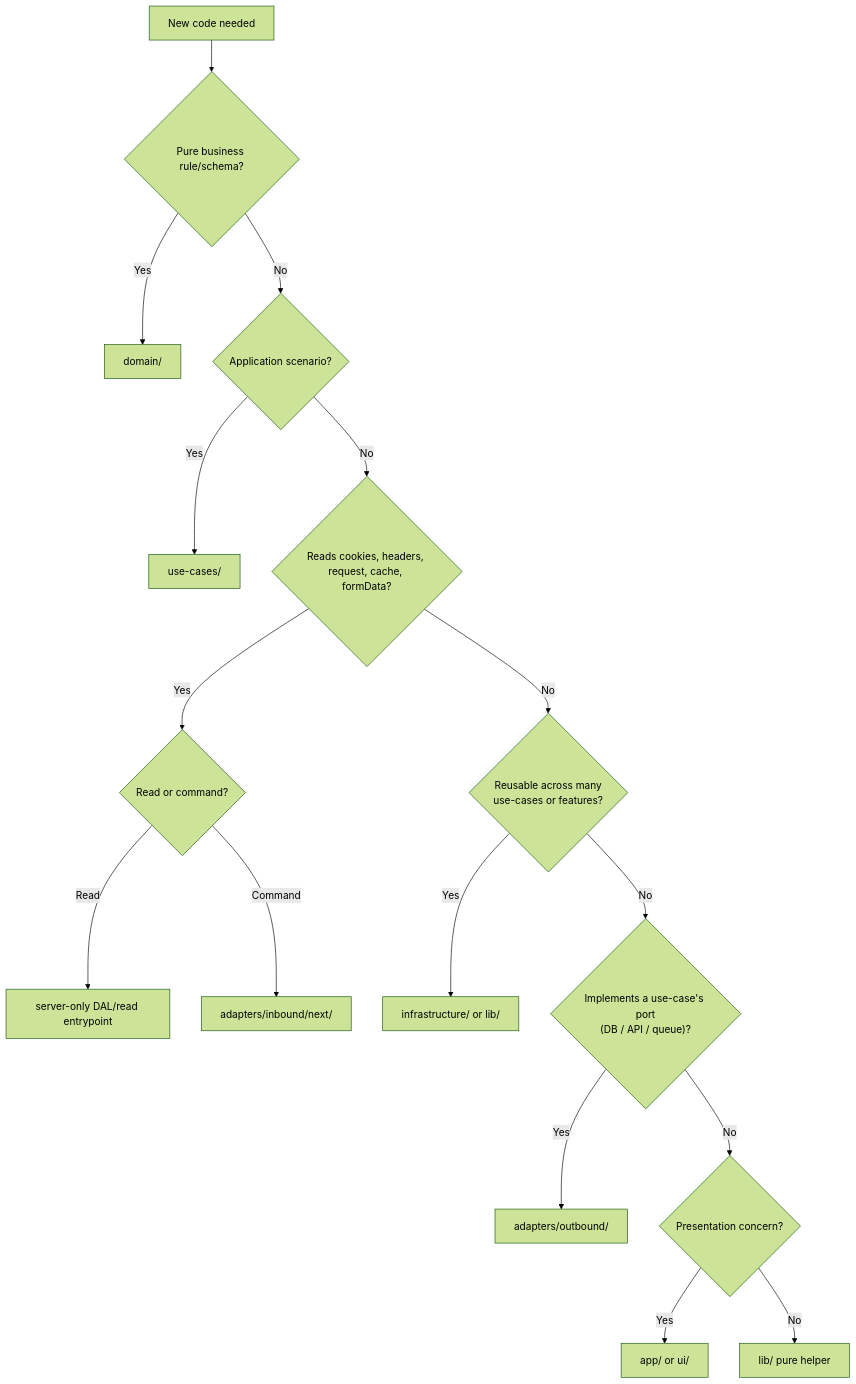
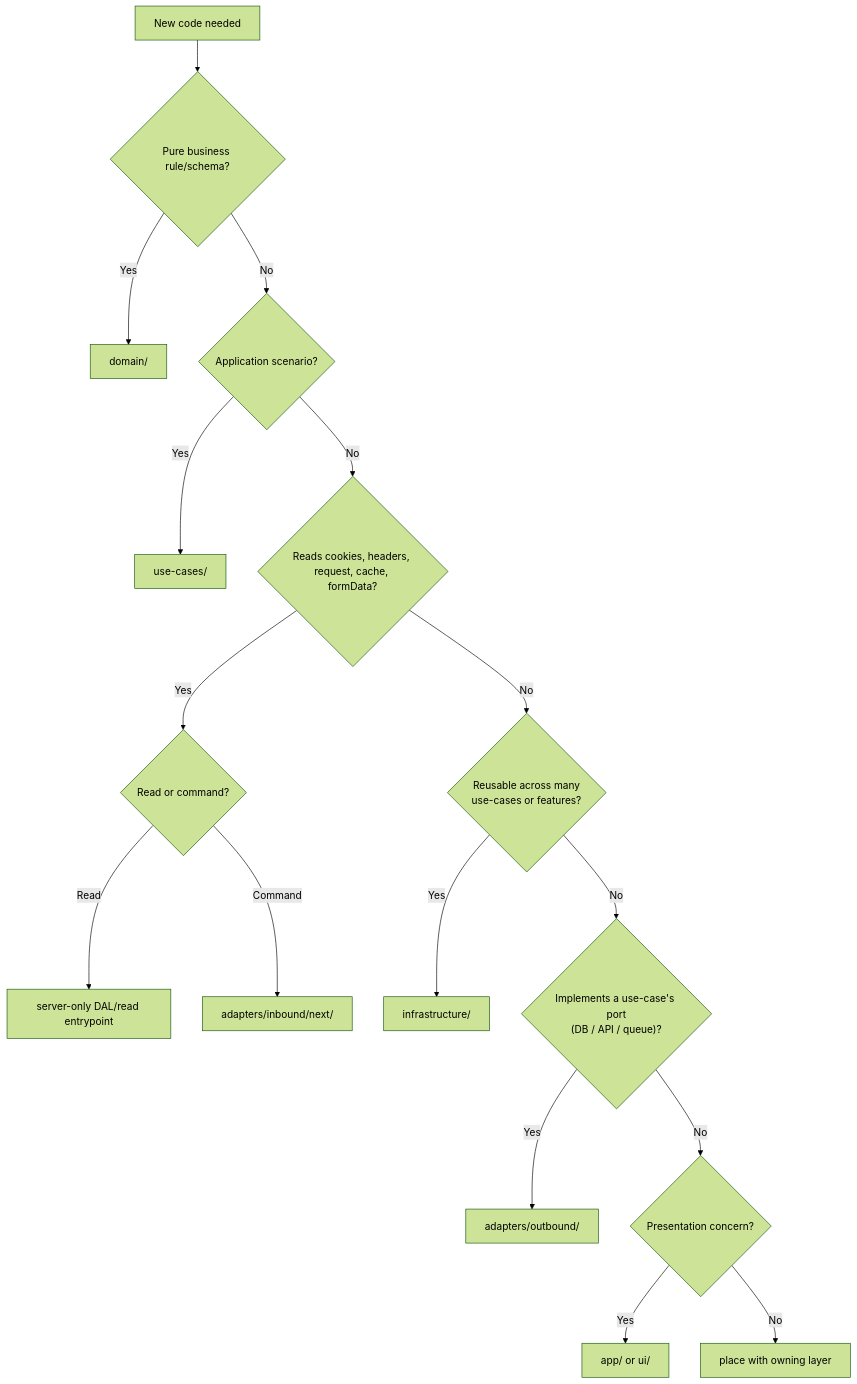
Before and after one commit to clicktronix/nextjs-clean-skills: the second of 4 diagrams in docs/agent-decision-maps.md, drawn with Mermaid (forest theme). The commit also changed other lines of this file and 24 other files, not shown here.

````diff
--- a/docs/agent-decision-maps.md
+++ b/docs/agent-decision-maps.md
@@ -28,18 +28,18 @@
 ```mermaid
 flowchart TD
   Need["New code needed"] --> Pure{"Pure business rule/schema?"}
   Pure -->|Yes| Domain["domain/"]
   Pure -->|No| Scenario{"Application scenario?"}
   Scenario -->|Yes| UseCase["use-cases/"]
   Scenario -->|No| Framework{"Reads cookies, headers, request, cache, formData?"}
   Framework -->|Yes| InboundOrDAL{"Read or command?"}
   InboundOrDAL -->|Read| DAL["server-only DAL/read entrypoint"]
   InboundOrDAL -->|Command| Inbound["adapters/inbound/next/"]
   Framework -->|No| Reusable{"Reusable across many\nuse-cases or features?"}
-  Reusable -->|Yes| Infra["infrastructure/ or lib/"]
+  Reusable -->|Yes| Infra["infrastructure/"]
   Reusable -->|No| Persistence{"Implements a use-case's port\n(DB / API / queue)?"}
   Persistence -->|Yes| Outbound["adapters/outbound/"]
   Persistence -->|No| Presentation{"Presentation concern?"}
   Presentation -->|Yes| UI["app/ or ui/"]
-  Presentation -->|No| Helper["lib/ pure helper"]
+  Presentation -->|No| Owner["place with owning layer"]
 ```
````
